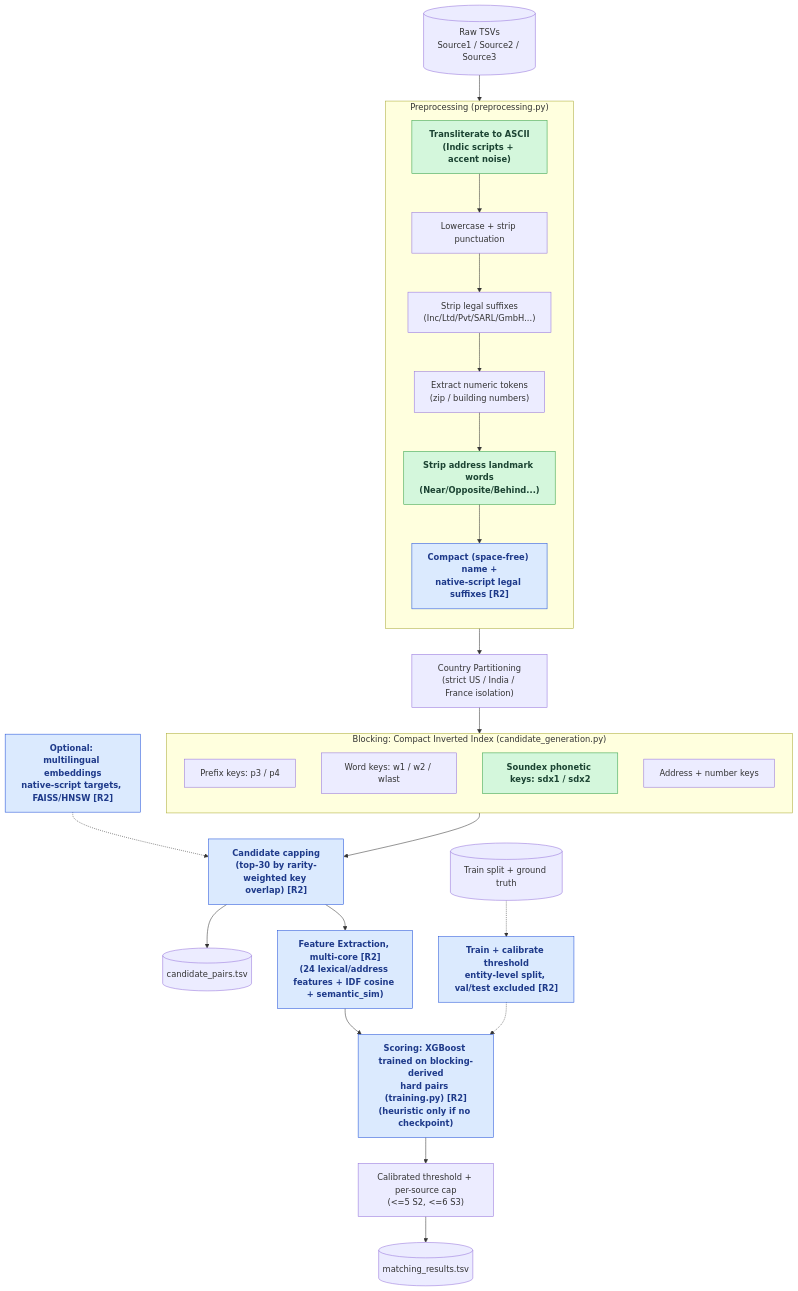
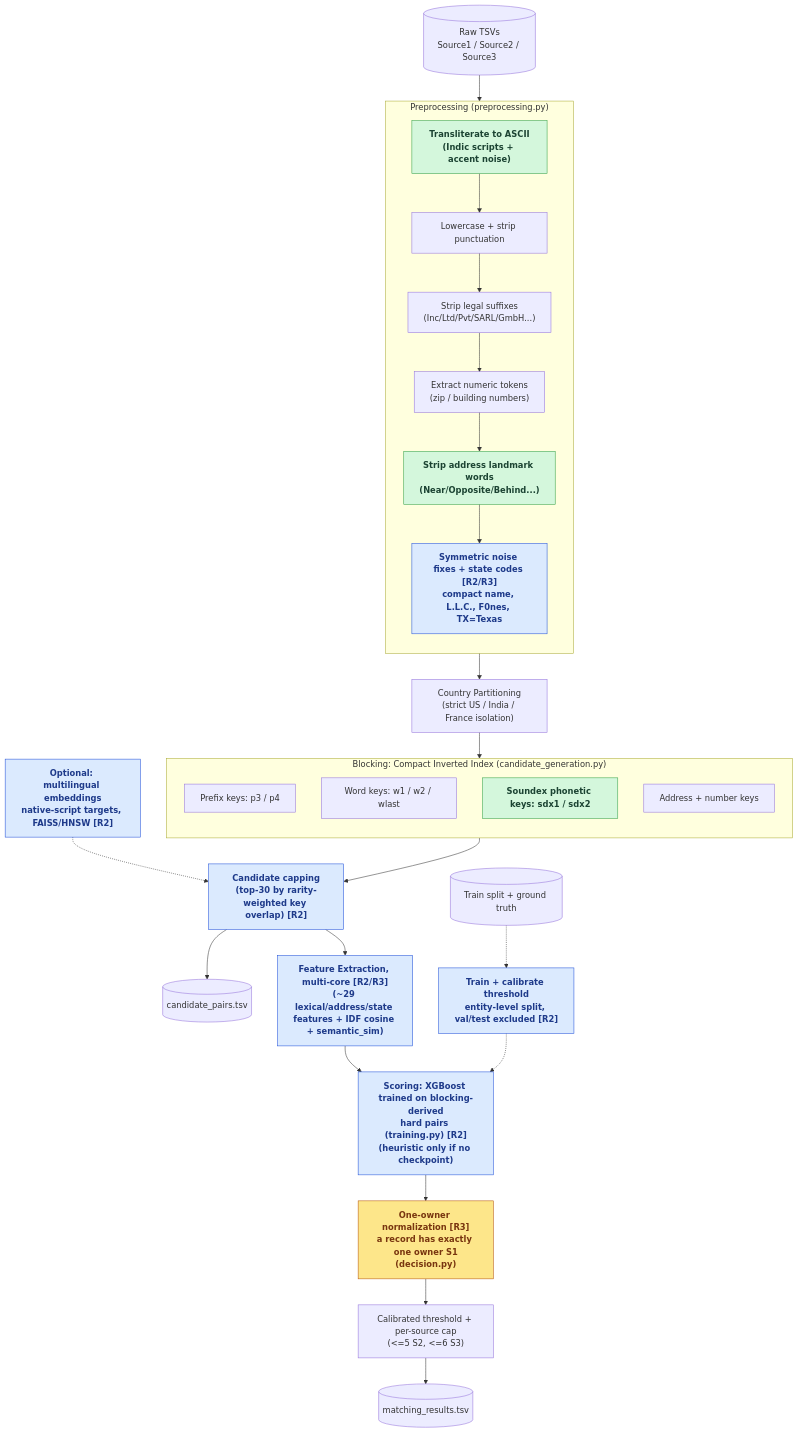
The first of 3 diagrams in README.md (swaindhruti/Amazon-ML-Challenge-2026), drawn with Mermaid before and after one commit. The commit also changed other lines of this file and 2 other files, not shown here.

````diff
--- a/README.md
+++ b/README.md
@@ -33,41 +33,44 @@
 ```mermaid
 flowchart TD
     A[("Raw TSVs<br/>Source1 / Source2 / Source3")] --> B
 
     subgraph B["Preprocessing (preprocessing.py)"]
         direction TB
         B1["Transliterate to ASCII<br/>(Indic scripts + accent noise)"]
         B2["Lowercase + strip punctuation"]
         B3["Strip legal suffixes<br/>(Inc/Ltd/Pvt/SARL/GmbH...)"]
         B4["Extract numeric tokens<br/>(zip / building numbers)"]
         B5["Strip address landmark words<br/>(Near/Opposite/Behind...)"]
-        B6["Compact (space-free) name +<br/>native-script legal suffixes [R2]"]
+        B6["Symmetric noise fixes + state codes [R2/R3]<br/>compact name, L.L.C., F0nes, TX=Texas"]
         B1 --> B2 --> B3 --> B4 --> B5 --> B6
     end
 
     B --> C["Country Partitioning<br/>(strict US / India / France isolation)"]
     C --> D
 
     subgraph D["Blocking: Compact Inverted Index (candidate_generation.py)"]
         direction TB
         D1["Prefix keys: p3 / p4"]
         D2["Word keys: w1 / w2 / wlast"]
         D3["Soundex phonetic keys: sdx1 / sdx2"]
         D4["Address + number keys"]
     end
 
     D --> E["Candidate capping<br/>(top-30 by rarity-weighted key overlap) [R2]"]
     EM["Optional: multilingual embeddings<br/>native-script targets, FAISS/HNSW [R2]"] -.-> E
     E --> F[("candidate_pairs.tsv")]
-    E --> G["Feature Extraction, multi-core [R2]<br/>(24 lexical/address features + IDF cosine + semantic_sim)"]
+    E --> G["Feature Extraction, multi-core [R2/R3]<br/>(~29 lexical/address/state features + IDF cosine + semantic_sim)"]
     G --> H["Scoring: XGBoost trained on blocking-derived<br/>hard pairs (training.py) [R2]<br/>(heuristic only if no checkpoint)"]
     T[("Train split + ground truth")] -.-> TR["Train + calibrate threshold<br/>entity-level split, val/test excluded [R2]"]
     TR -.-> H
-    H --> I["Calibrated threshold + per-source cap<br/>(&lt;=5 S2, &lt;=6 S3)"]
+    H --> OW["One-owner normalization [R3]<br/>a record has exactly one owner S1<br/>(decision.py)"]
+    OW --> I["Calibrated threshold + per-source cap<br/>(&lt;=5 S2, &lt;=6 S3)"]
     I --> J[("matching_results.tsv")]
 
     classDef new fill:#d4f7dc,stroke:#2f9e44,color:#1b4332,font-weight:bold;
     class B1,B5,D3 new;
     classDef r2 fill:#dbeafe,stroke:#1d4ed8,color:#1e3a8a,font-weight:bold;
     class B6,E,EM,G,H,TR r2;
+    classDef r3 fill:#fde68a,stroke:#b45309,color:#78350f,font-weight:bold;
+    class OW r3;
 ```
````
